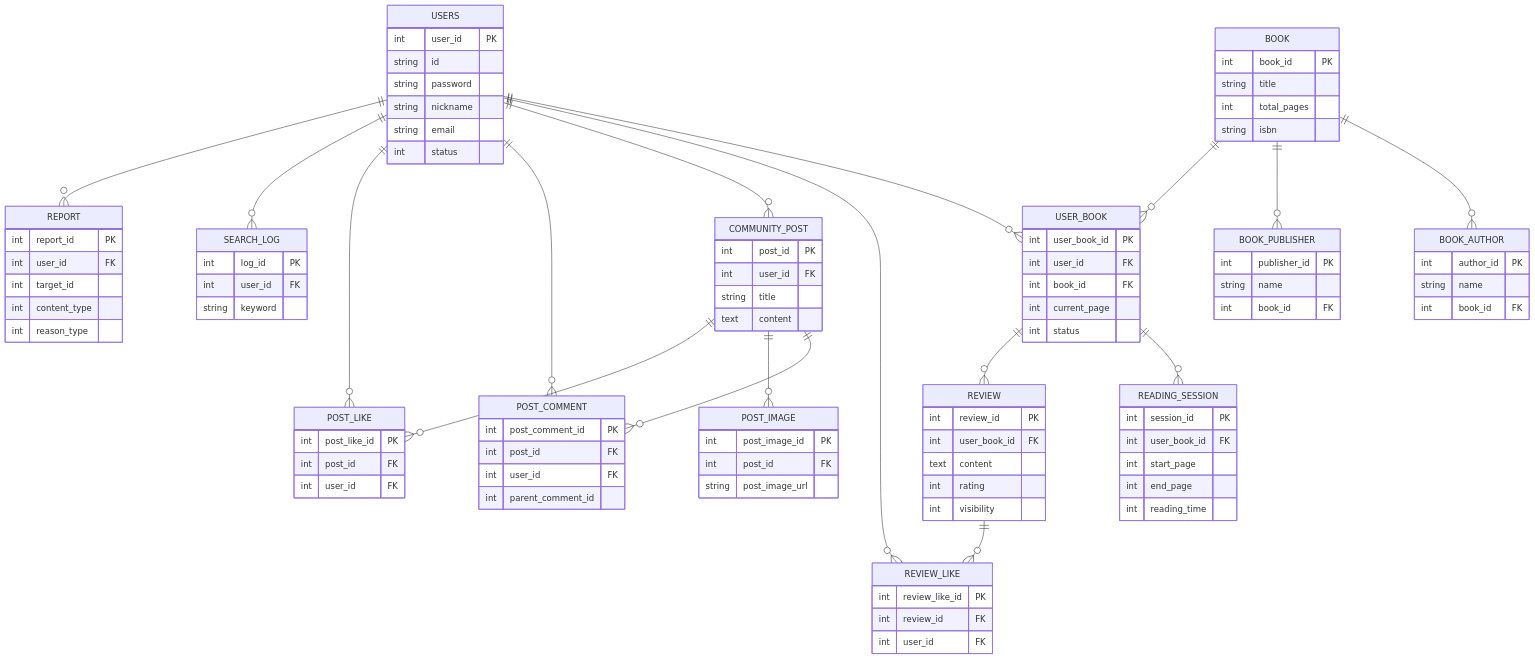
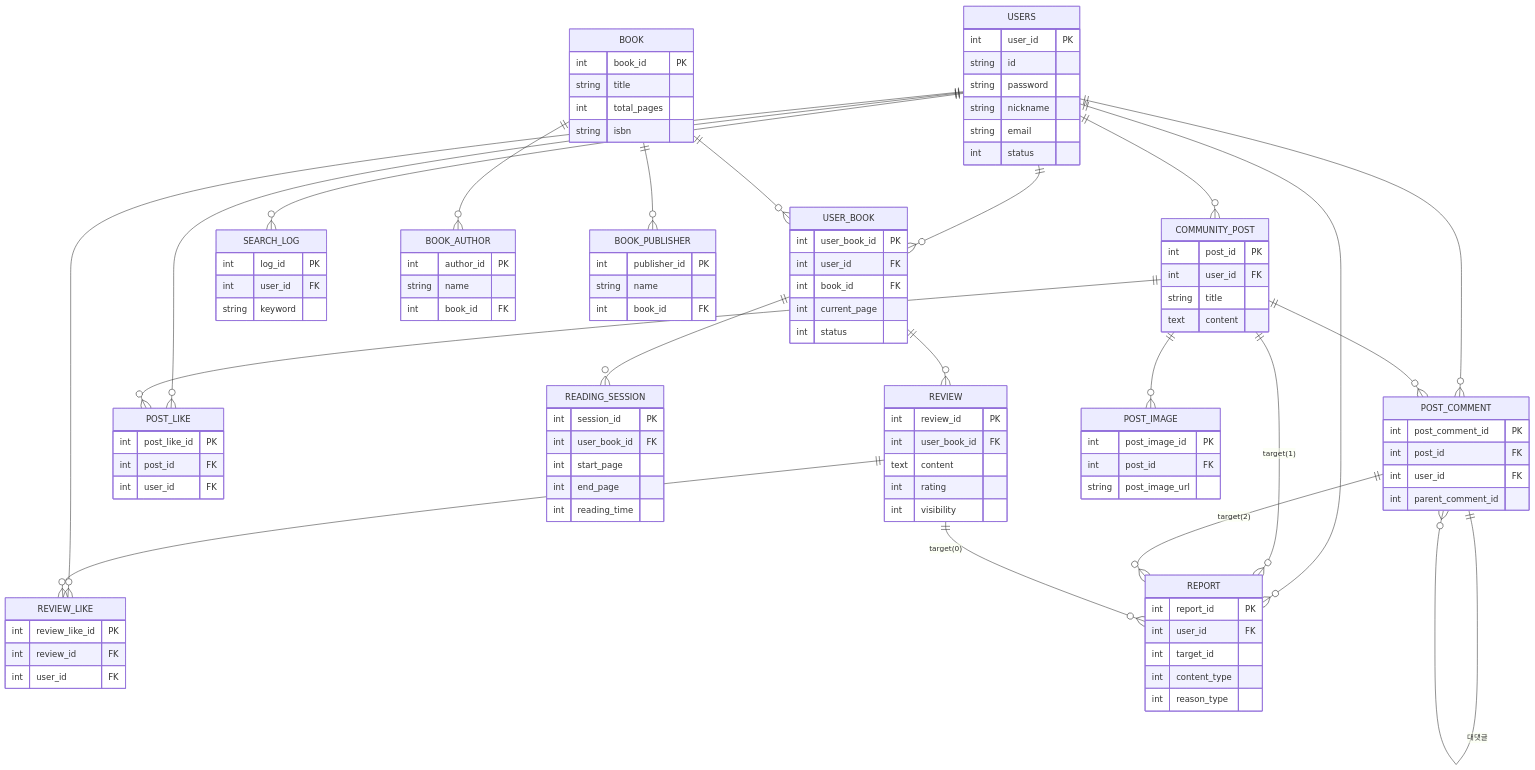
Before and after one commit to Gwakgarin/talkseo: the diagram in README.md, drawn with Mermaid. The commit also changed other lines of this file, not shown here.

Commit message:
Add REPORT polymorphic relations and comment self-reference to ERD; fix API table with HTTP methods

```diff
--- a/README.md
+++ b/README.md
@@ -111,6 +111,12 @@
     COMMUNITY_POST ||--o{ POST_COMMENT : ""
     COMMUNITY_POST ||--o{ POST_IMAGE : ""
     COMMUNITY_POST ||--o{ POST_LIKE : ""
+    COMMUNITY_POST ||--o{ REPORT : "target(1)"
+
+    POST_COMMENT ||--o{ POST_COMMENT : "대댓글"
+    POST_COMMENT ||--o{ REPORT : "target(2)"
+
+    REVIEW ||--o{ REPORT : "target(0)"
 
     USERS {
         int user_id PK
```
